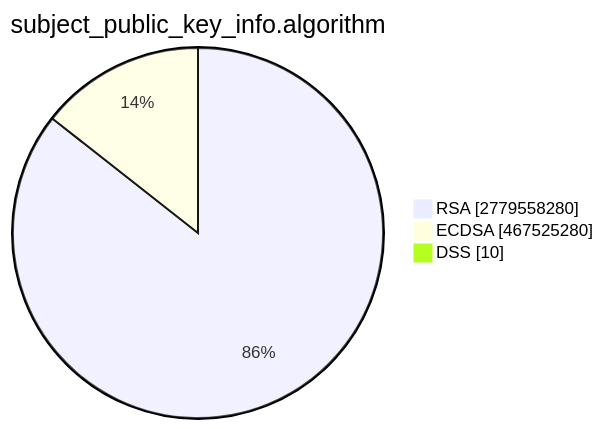
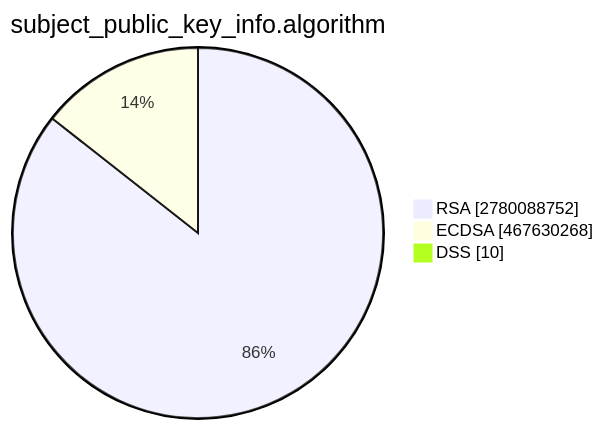
Before and after one commit to christiankrug/ctmonitor_visualization: the second of 15 diagrams in TOTAL/README.md, drawn with Mermaid. The commit also changed other lines of this file, not shown here.

````diff
--- a/TOTAL/README.md
+++ b/TOTAL/README.md
@@ -6,7 +6,7 @@
 ```mermaid
 pie showData
 title subject_public_key_info.algorithm
-"RSA" :2779558280
-"ECDSA" :467525280
+"RSA" :2780088752
+"ECDSA" :467630268
 "DSS" :10
 ```
````
